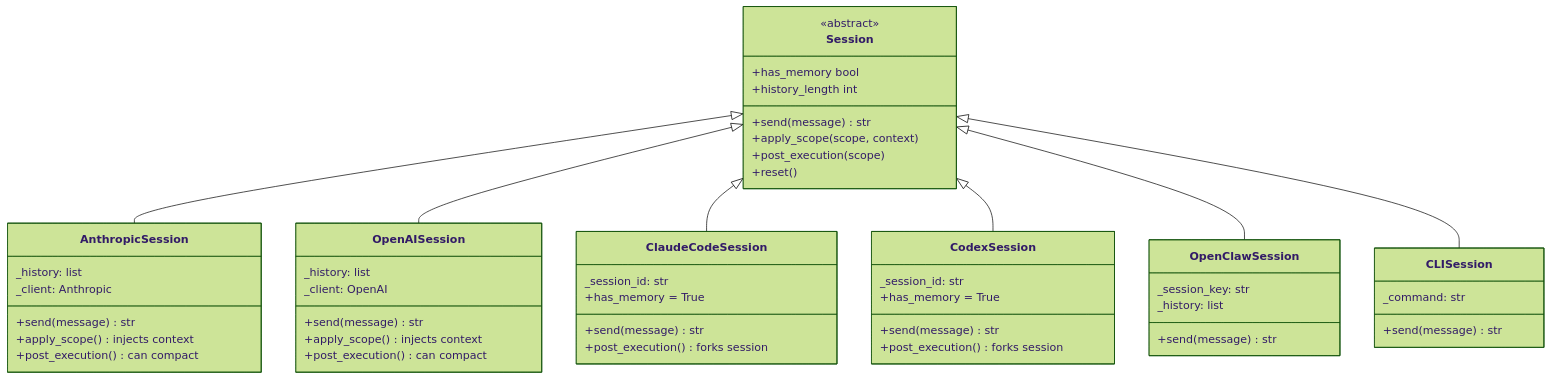
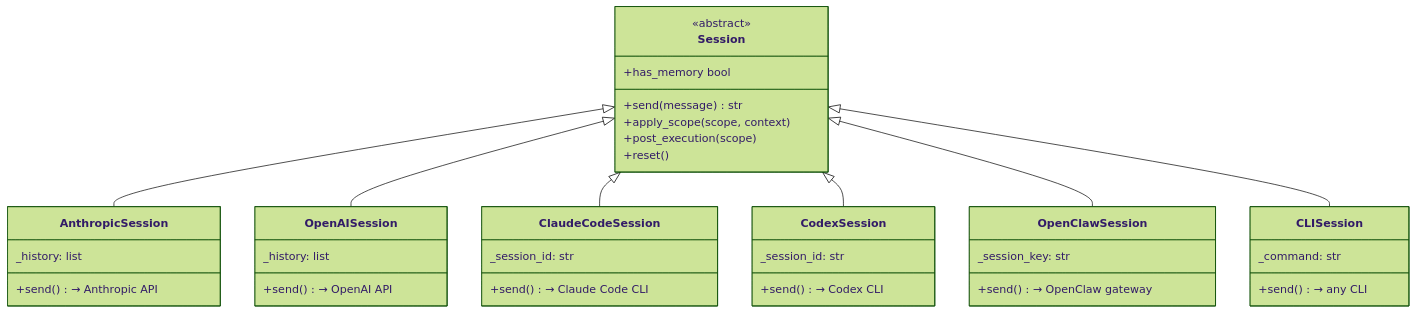
Before and after one commit to Fzkuji/OpenProgram: the fourth of 10 diagrams in docs/DESIGN.md, drawn with Mermaid (forest theme). The commit also changed other lines of this file and 1 other file, not shown here.

````diff
--- a/docs/DESIGN.md
+++ b/docs/DESIGN.md
@@ -127,60 +213,48 @@
 ```mermaid
 classDiagram
     class Session {
         <<abstract>>
         +send(message) str
         +apply_scope(scope, context)
         +post_execution(scope)
         +reset()
         +has_memory bool
-        +history_length int
     }
 
     class AnthropicSession {
         _history: list
-        _client: Anthropic
-        +send(message) str
-        +apply_scope() injects context
-        +post_execution() can compact
+        +send() → Anthropic API
     }
 
     class OpenAISession {
         _history: list
-        _client: OpenAI
-        +send(message) str
-        +apply_scope() injects context
-        +post_execution() can compact
+        +send() → OpenAI API
     }
 
     class ClaudeCodeSession {
         _session_id: str
-        +send(message) str
-        +has_memory = True
-        +post_execution() forks session
+        +send() → Claude Code CLI
     }
 
     class CodexSession {
         _session_id: str
-        +send(message) str
-        +has_memory = True
-        +post_execution() forks session
+        +send() → Codex CLI
     }
 
     class OpenClawSession {
         _session_key: str
-        _history: list
-        +send(message) str
+        +send() → OpenClaw gateway
     }
 
     class CLISession {
         _command: str
-        +send(message) str
+        +send() → any CLI
     }
 
     Session <|-- AnthropicSession
     Session <|-- OpenAISession
     Session <|-- ClaudeCodeSession
     Session <|-- CodexSession
     Session <|-- OpenClawSession
     Session <|-- CLISession
 ```
````
